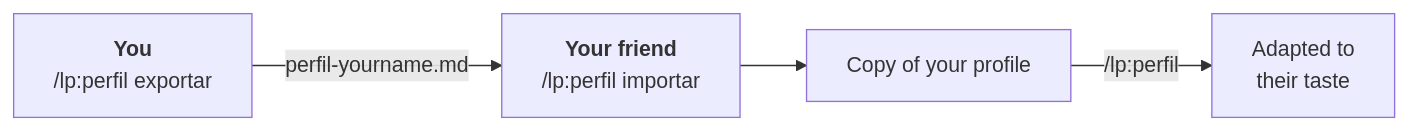
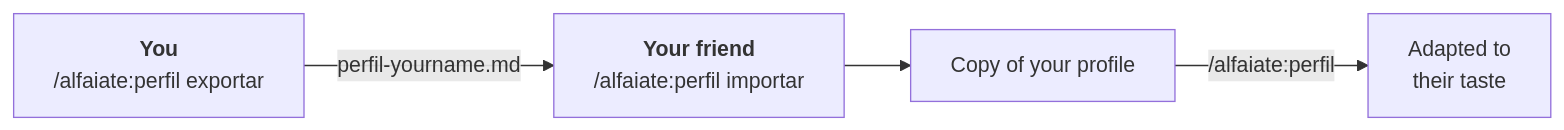
One commit to zjeanero/vitrine-skill changed the diagram in README.en.md. Above: the diagram before and after it, drawn with Mermaid. The commit also changed other lines of this file and 29 other files, not shown here.

````diff
--- a/README.en.md
+++ b/README.en.md
@@ -103,6 +103,6 @@
 ```mermaid
 flowchart LR
-    A["<b>You</b><br/>/lp:perfil exportar"] -- "perfil-yourname.md" --> B["<b>Your friend</b><br/>/lp:perfil importar"]
+    A["<b>You</b><br/>/alfaiate:perfil exportar"] -- "perfil-yourname.md" --> B["<b>Your friend</b><br/>/alfaiate:perfil importar"]
     B --> C["Copy of your profile"]
-    C -- "/lp:perfil" --> D["Adapted to<br/>their taste"]
+    C -- "/alfaiate:perfil" --> D["Adapted to<br/>their taste"]
 ```
````
